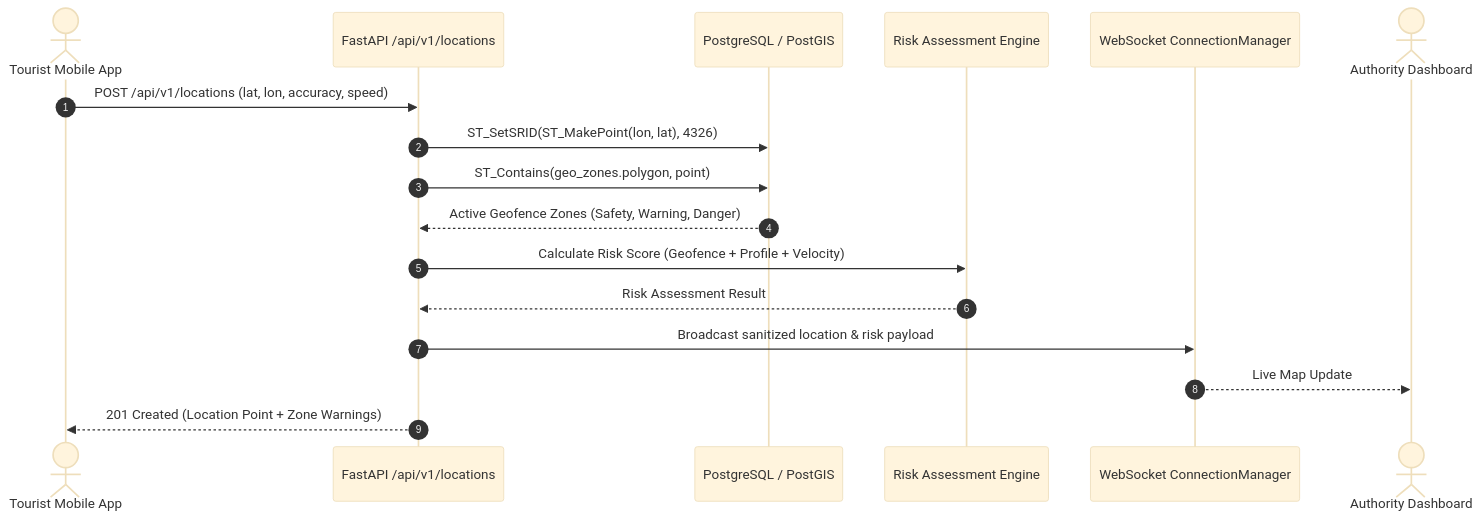
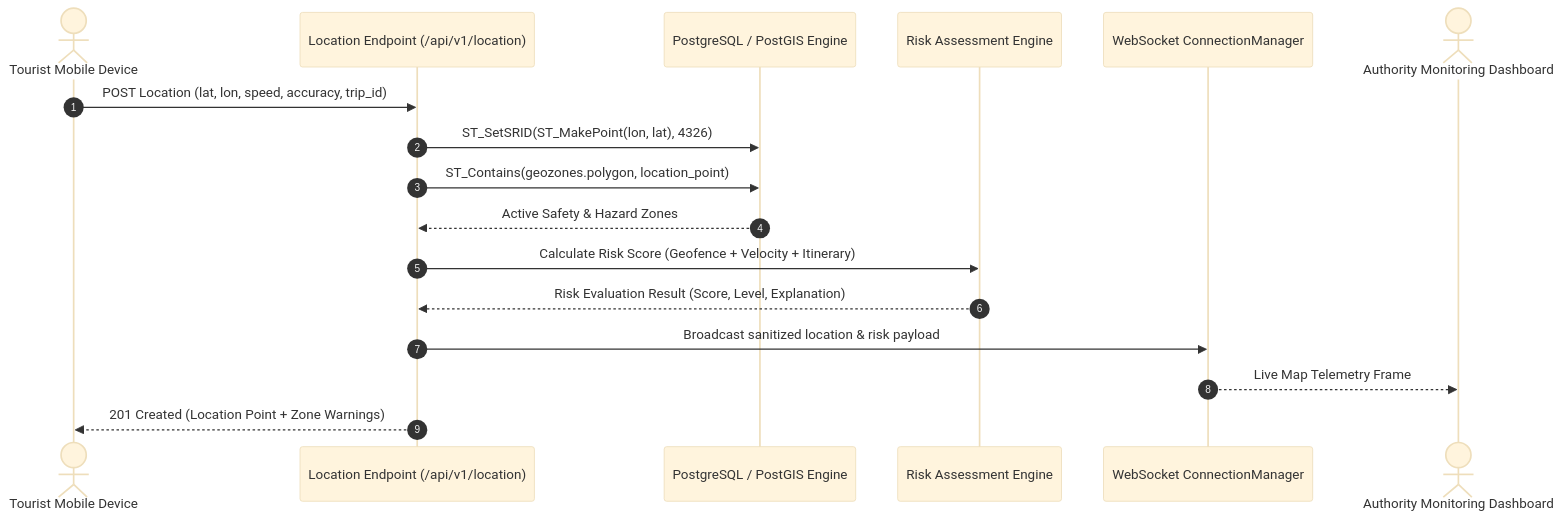
Before and after one commit to vsr-yashwanth/Kiroshi: the second of 6 diagrams in docs/02-architecture/SYSTEM_FLOW.md, drawn with Mermaid (base theme). The commit also changed other lines of this file and 15 other files, not shown here.

````diff
--- a/docs/02-architecture/SYSTEM_FLOW.md
+++ b/docs/02-architecture/SYSTEM_FLOW.md
@@ -61,20 +53,20 @@
 ```mermaid
 sequenceDiagram
     autonumber
-    actor Tourist as Tourist Mobile App
-    participant API as FastAPI /api/v1/locations
-    participant PostGIS as PostgreSQL / PostGIS
+    actor Tourist as Tourist Mobile Device
+    participant API as Location Endpoint (/api/v1/location)
+    participant PostGIS as PostgreSQL / PostGIS Engine
     participant Risk as Risk Assessment Engine
     participant WS as WebSocket ConnectionManager
-    actor Authority as Authority Dashboard
+    actor Authority as Authority Monitoring Dashboard
 
-    Tourist->>API: POST /api/v1/locations (lat, lon, accuracy, speed)
+    Tourist->>API: POST Location (lat, lon, speed, accuracy, trip_id)
     API->>PostGIS: ST_SetSRID(ST_MakePoint(lon, lat), 4326)
-    API->>PostGIS: ST_Contains(geo_zones.polygon, point)
-    PostGIS-->>API: Active Geofence Zones (Safety, Warning, Danger)
-    API->>Risk: Calculate Risk Score (Geofence + Profile + Velocity)
-    Risk-->>API: Risk Assessment Result
+    API->>PostGIS: ST_Contains(geozones.polygon, location_point)
+    PostGIS-->>API: Active Safety & Hazard Zones
+    API->>Risk: Calculate Risk Score (Geofence + Velocity + Itinerary)
+    Risk-->>API: Risk Evaluation Result (Score, Level, Explanation)
     API->>WS: Broadcast sanitized location & risk payload
-    WS-->>Authority: Live Map Update
+    WS-->>Authority: Live Map Telemetry Frame
     API-->>Tourist: 201 Created (Location Point + Zone Warnings)
 ```
````
